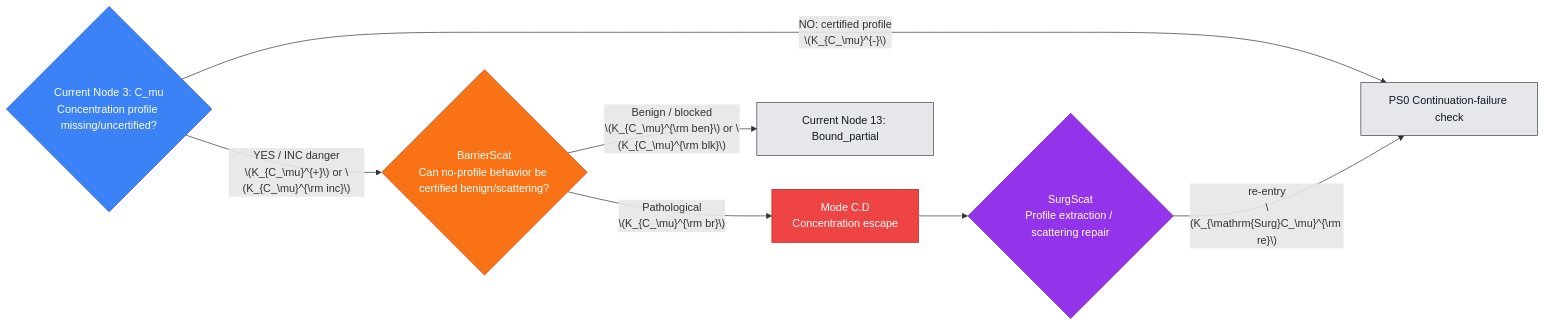
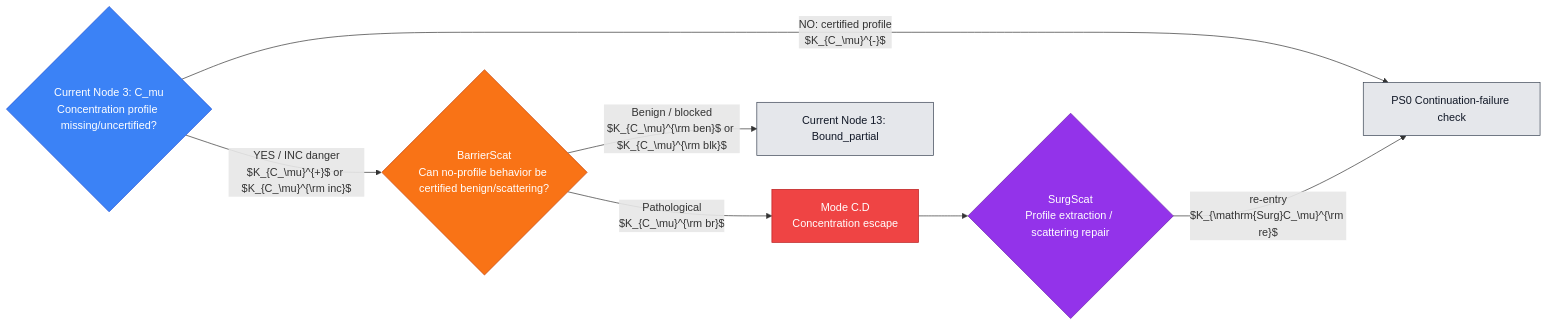
One commit to Guillemdb/hypostructure changed the fifth of 54 diagrams in docs/source/1_hypostructure_formalism/edits/new_sieve.md. Above: the diagram before and after it, drawn with Mermaid. The commit also changed other lines of this file and 34 other files, not shown here.

````diff
--- a/docs/source/1_hypostructure_formalism/edits/new_sieve.md
+++ b/docs/source/1_hypostructure_formalism/edits/new_sieve.md
@@ -959,22 +964,22 @@
 ```mermaid
 flowchart LR
     C{"Current Node 3: C_mu<br/>Concentration profile missing/uncertified?"}
-    C -- "NO: certified profile<br/>\(K_{C_\mu}^{-}\)" --> N["PS0 Continuation-failure check"]
-    C -- "YES / INC danger<br/>\(K_{C_\mu}^{+}\) or \(K_{C_\mu}^{\rm inc}\)" --> B{"BarrierScat<br/>Can no-profile behavior be certified benign/scattering?"}
-    B -- "Benign / blocked<br/>\(K_{C_\mu}^{\rm ben}\) or \(K_{C_\mu}^{\rm blk}\)" --> E["Current Node 13: Bound_partial"]
-    B -- "Pathological<br/>\(K_{C_\mu}^{\rm br}\)" --> M["Mode C.D<br/>Concentration escape"]
+    C -- "NO: certified profile<br/>$K_{C_\mu}^{-}$" --> N["PS0 Continuation-failure check"]
+    C -- "YES / INC danger<br/>$K_{C_\mu}^{+}$ or $K_{C_\mu}^{\rm inc}$" --> B{"BarrierScat<br/>Can no-profile behavior be certified benign/scattering?"}
+    B -- "Benign / blocked<br/>$K_{C_\mu}^{\rm ben}$ or $K_{C_\mu}^{\rm blk}$" --> E["Current Node 13: Bound_partial"]
+    B -- "Pathological<br/>$K_{C_\mu}^{\rm br}$" --> M["Mode C.D<br/>Concentration escape"]
     M --> S{"SurgScat<br/>Profile extraction / scattering repair"}
-    S -- "re-entry<br/>\(K_{\mathrm{Surg}C_\mu}^{\rm re}\)" --> N
+    S -- "re-entry<br/>$K_{\mathrm{Surg}C_\mu}^{\rm re}$" --> N
 
     classDef check fill:#3b82f6,stroke:#1d4ed8,color:#ffffff;
     classDef barrier fill:#f97316,stroke:#c2410c,color:#ffffff;
     classDef mode fill:#ef4444,stroke:#b91c1c,color:#ffffff;
     classDef surgery fill:#9333ea,stroke:#6b21a8,color:#ffffff;
     classDef next fill:#e5e7eb,stroke:#374151,color:#111827;
 
     class C check;
     class B barrier;
     class M mode;
     class S surgery;
     class N,E next;
 ```
````
